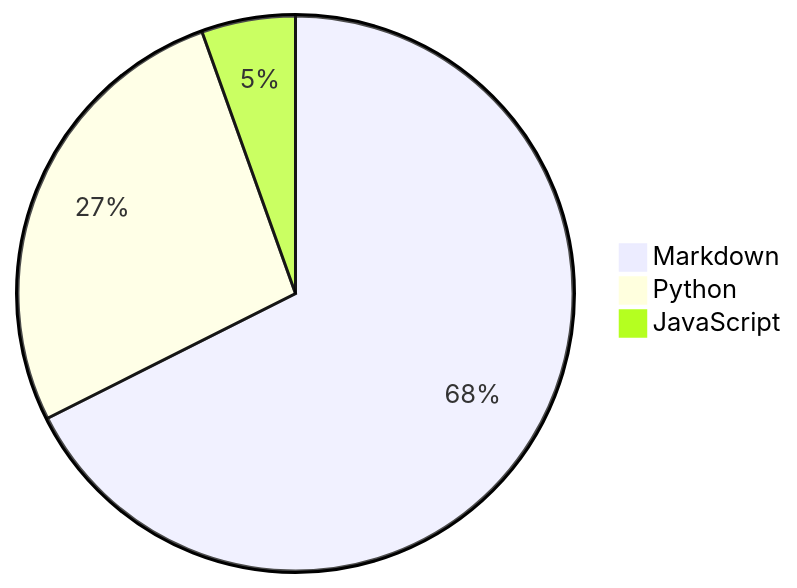
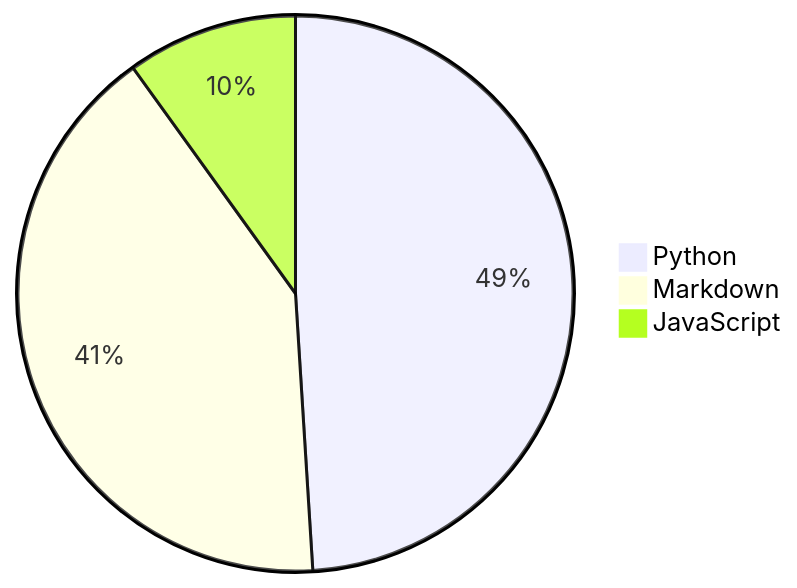
The diagram in README.md (Alicia111/alicia111), drawn with Mermaid before and after one commit.

Commit message:
Update WakaTime stats (・ω・)b

````diff
--- a/README.md
+++ b/README.md
@@ -32,6 +32,6 @@
 ```mermaid
 pie
-    "Markdown" : 67.58
-    "Python" : 26.96
-    "JavaScript" : 5.46
+    "Python" : 49.01
+    "Markdown" : 41.07
+    "JavaScript" : 9.93
 ```
````
